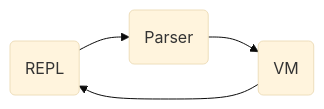
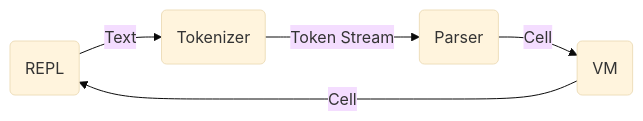
The diagram in src/ch01-00-design-overview.md (strtok/marwood-book), drawn with Mermaid (base theme) before and after one commit. The commit also changed other lines of this file, not shown here.

````diff
--- a/src/ch01-00-design-overview.md
+++ b/src/ch01-00-design-overview.md
@@ -51,6 +64,7 @@
 ```mermaid
 flowchart LR
-    A(REPL) --> B(Parser)
-    B --> C(VM)
-    C --> A
+    A(REPL) -->|Text| B(Tokenizer)
+    B -->|Token Stream| C(Parser)
+    C -->|Cell| D(VM)
+    D -->|Cell| A
 ```
````
